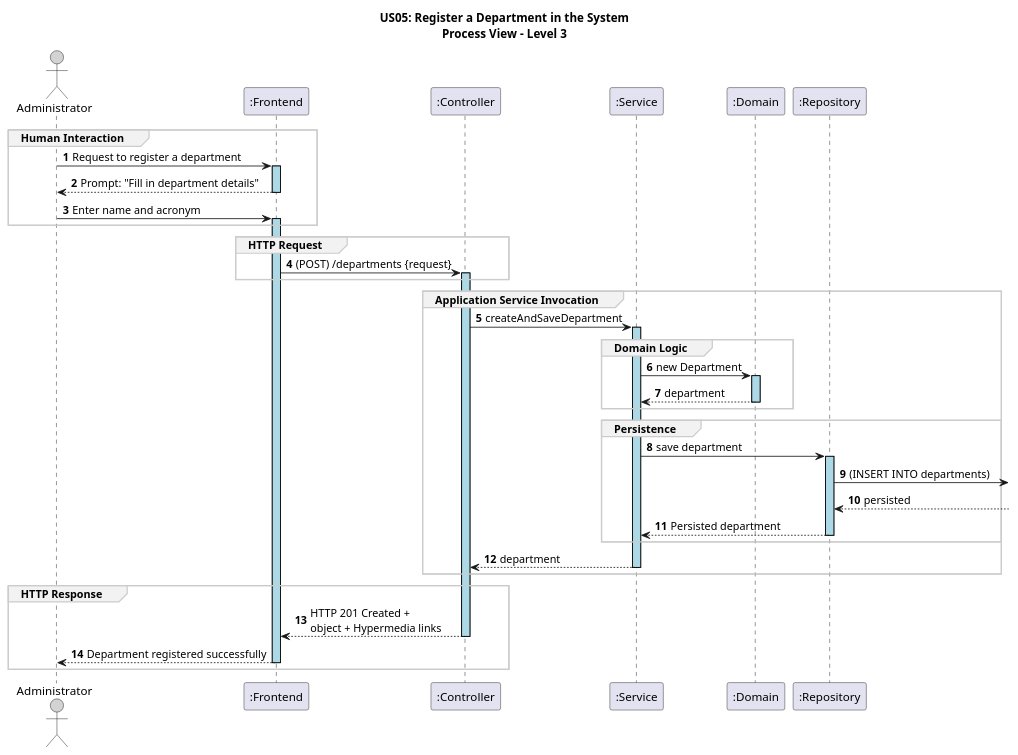
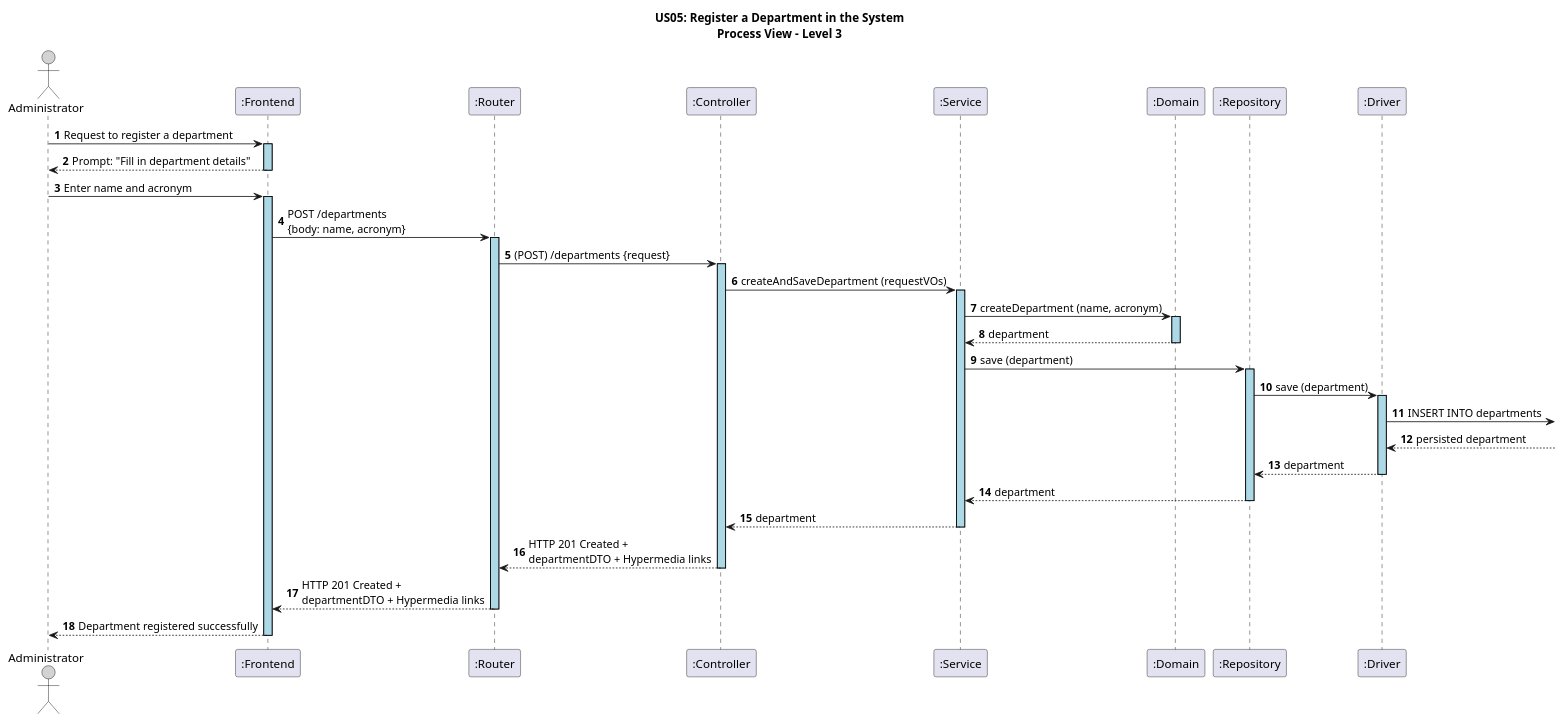
Before and after one commit to GasparISEP/DevOps-PAI: the diagram in docs/US05/sprint6_RestAPI/ProcessView/US05_RestAPI_ProcessView_Level3.puml, drawn with PlantUML.

Commit message:
doc: refactor US05 process view level 3 diagram (refs #644)

```diff
--- a/docs/US05/sprint6_RestAPI/ProcessView/US05_RestAPI_ProcessView_Level3.puml
+++ b/docs/US05/sprint6_RestAPI/ProcessView/US05_RestAPI_ProcessView_Level3.puml
@@ -1,55 +1,56 @@
 @startuml
 autonumber
 
 skinparam sequence {
     LifelineBorderColor black
     LifelineBackgroundColor LightBlue
     ActorBorderColor black
     ActorBackgroundColor LightGray
     GroupBorderColor #cccccc
     GroupBackgroundColor #f2f2f2
 }
 
 title US05: Register a Department in the System\nProcess View – Level 3
 
 actor ADM as "Administrator"
 participant ":Frontend" as FE
+participant ":Router" as RT
 participant ":Controller" as CT
 participant ":Service" as SE
 participant ":Domain" as DM
 participant ":Repository" as RE
+participant ":Driver" as DV
 
-group Human Interaction
+
 ADM -> FE ++: Request to register a department
 FE --> ADM --: Prompt: "Fill in department details"
 ADM -> FE ++: Enter name and acronym
-end group
+FE -> RT ++: POST /departments \n{body: name, acronym}
+RT -> CT ++: (POST) /departments {request}
 
-group HTTP Request
-FE -> CT ++: (POST) /departments {request}
-end group
 
-group Application Service Invocation
-CT -> SE ++: createAndSaveDepartment
+CT -> SE ++: createAndSaveDepartment (requestVOs)
 
-group Domain Logic
-SE -> DM ++: new Department
+
+SE -> DM ++: createDepartment (name, acronym)
 DM --> SE --: department
-end group
 
-group Persistence
-SE -> RE ++: save department
-RE -> :(INSERT INTO departments)
-RE <-- : persisted
-RE --> SE --: Persisted department
-end group
+
+
+SE -> RE ++: save (department)
+RE -> DV++: save (department)
+DV ->: INSERT INTO departments
+DV <--: persisted department
+DV --> RE -- : department
+RE --> SE --: department
+
 
 SE --> CT --: department
-end group
 
-group HTTP Response
-CT --> FE --: HTTP 201 Created + \nobject + Hypermedia links
+
+CT --> RT --: HTTP 201 Created + \ndepartmentDTO + Hypermedia links
+RT --> FE --: HTTP 201 Created + \ndepartmentDTO + Hypermedia links
 FE --> ADM --: Department registered successfully
-end group
+
 
 @enduml
```
